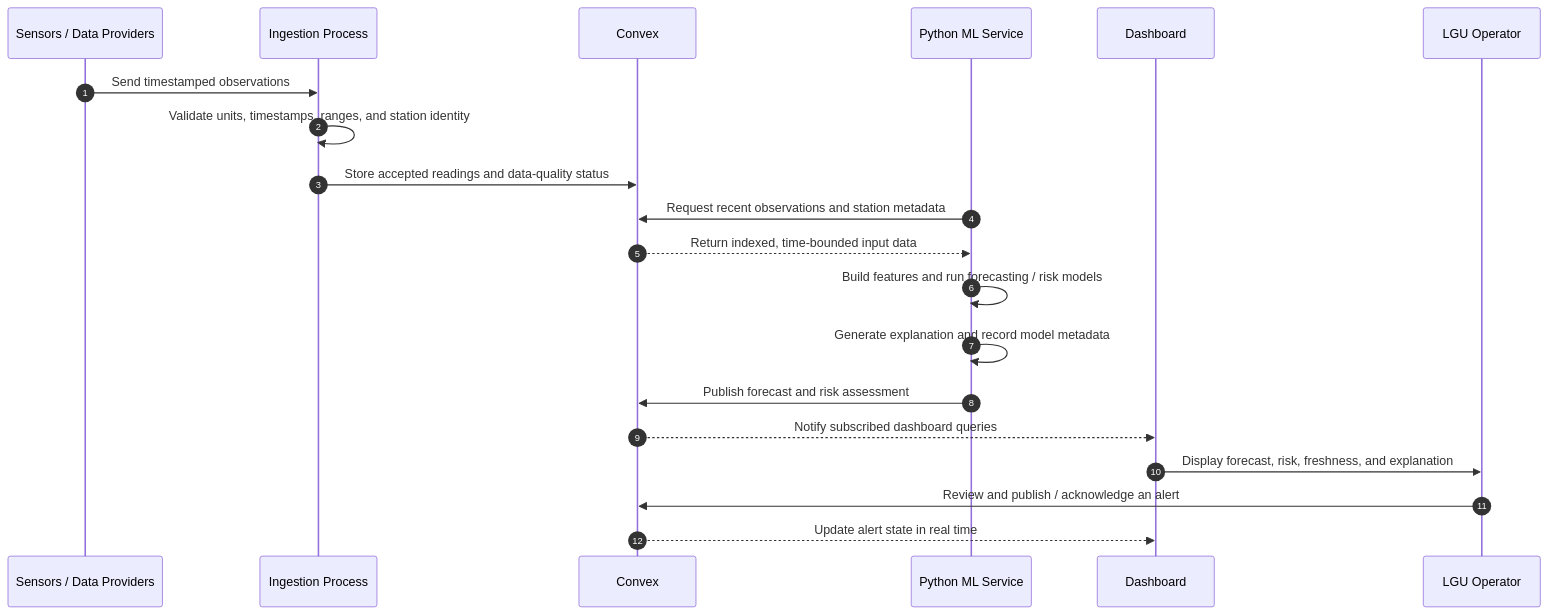
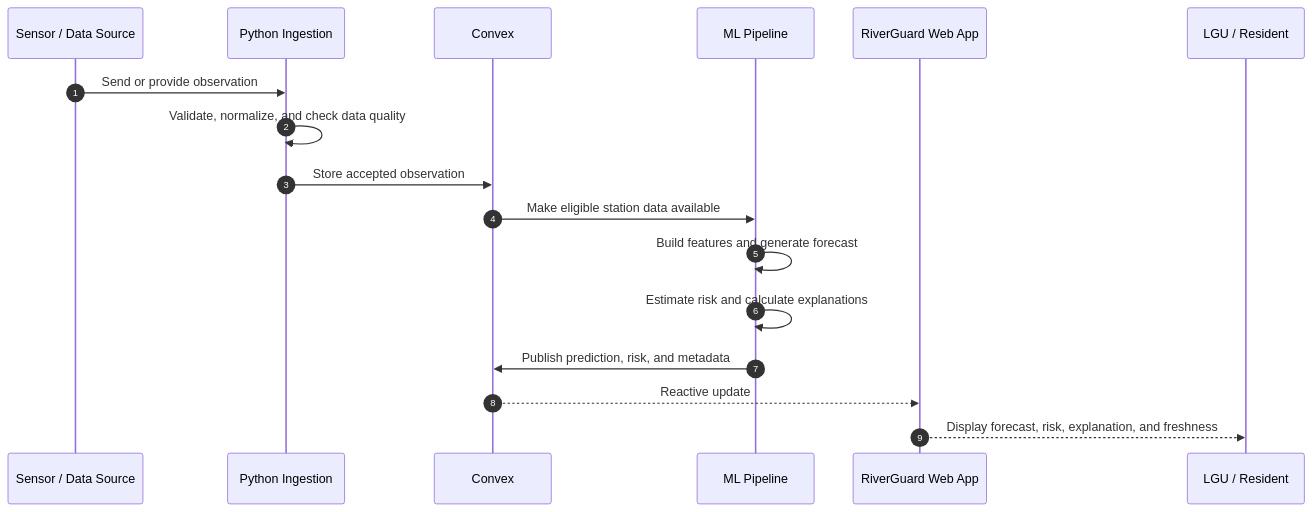
One commit to ZealStyx/RiverGuard-dev changed the second of 2 diagrams in README.md. Above: the diagram before and after it, drawn with Mermaid. The commit also changed other lines of this file, not shown here.

````diff
--- a/README.md
+++ b/README.md
@@ -124,23 +158,20 @@
 ```mermaid
 sequenceDiagram
     autonumber
-    participant S as Sensors / Data Providers
-    participant I as Ingestion Process
-    participant C as Convex
-    participant M as Python ML Service
-    participant D as Dashboard
-    participant O as LGU Operator
+    participant Source as Sensor / Data Source
+    participant Ingest as Python Ingestion
+    participant Convex as Convex
+    participant ML as ML Pipeline
+    participant Web as RiverGuard Web App
+    participant User as LGU / Resident
 
-    S->>I: Send timestamped observations
-    I->>I: Validate units, timestamps, ranges, and station identity
-    I->>C: Store accepted readings and data-quality status
-    M->>C: Request recent observations and station metadata
-    C-->>M: Return indexed, time-bounded input data
-    M->>M: Build features and run forecasting / risk models
-    M->>M: Generate explanation and record model metadata
-    M->>C: Publish forecast and risk assessment
-    C-->>D: Notify subscribed dashboard queries
-    D->>O: Display forecast, risk, freshness, and explanation
-    O->>C: Review and publish / acknowledge an alert
-    C-->>D: Update alert state in real time
+    Source->>Ingest: Send or provide observation
+    Ingest->>Ingest: Validate, normalize, and check data quality
+    Ingest->>Convex: Store accepted observation
+    Convex->>ML: Make eligible station data available
+    ML->>ML: Build features and generate forecast
+    ML->>ML: Estimate risk and calculate explanations
+    ML->>Convex: Publish prediction, risk, and metadata
+    Convex-->>Web: Reactive update
+    Web-->>User: Display forecast, risk, explanation, and freshness
 ```
````
